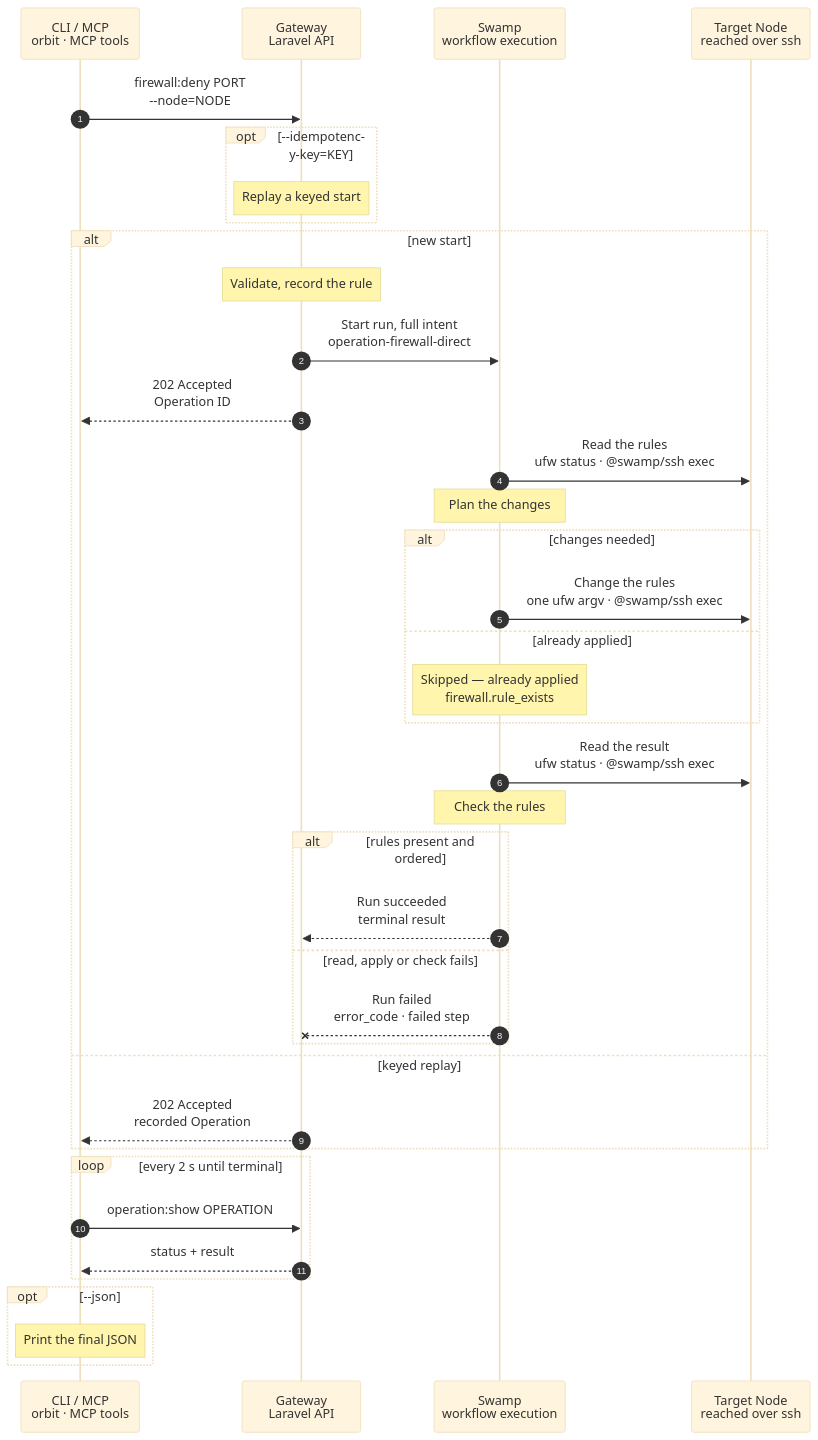
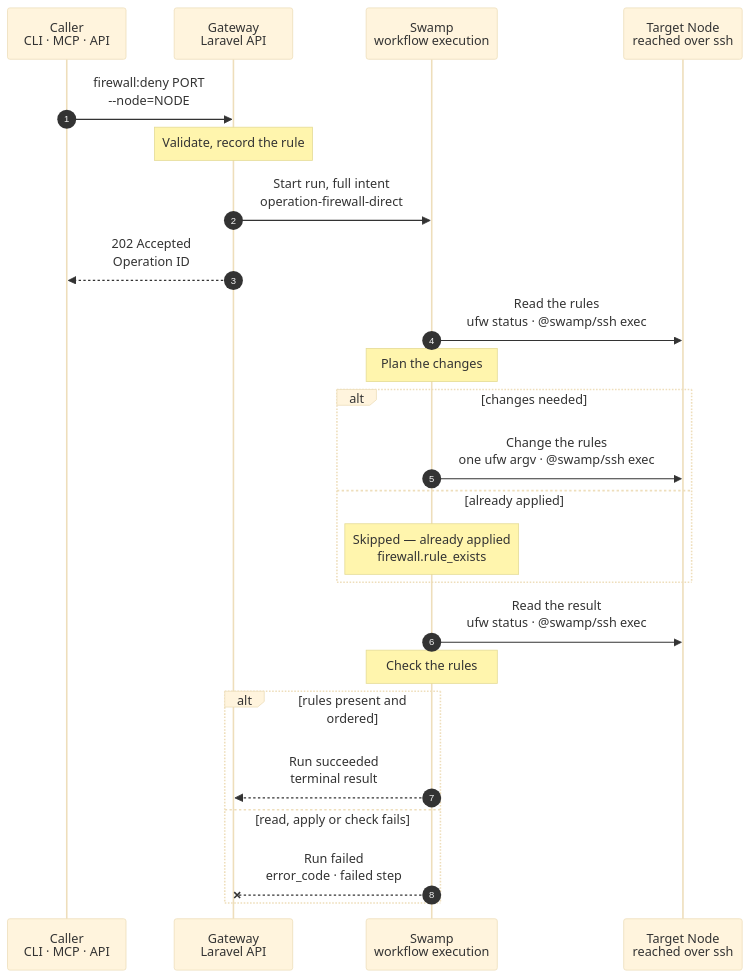
The diagram in docs/cli/firewall/deny.mmd (hardimpactdev/orbit), drawn with Mermaid (base theme) before and after one commit. The commit also changed 2 other files, not shown here.

Commit message:
docs(firewall): apply the review of firewall:deny

```diff
--- a/docs/cli/firewall/deny.mmd
+++ b/docs/cli/firewall/deny.mmd
@@ -1,134 +1,88 @@
 sequenceDiagram
   %% Target design: docs/cli/firewall/index.mdx; docs/reference/cli-ux.md; ADR 0244 and ADR 0241; Swamp shape; command development pipeline stage 1.
   %% status: draft
   %% command: firewall:deny
   %% kind: firewall.deny
   autonumber
   %% lane CLI icon=terminal pill=caller tone=gray
   %% lane GW icon=gateway pill=intent tone=blue
   %% lane SW icon=workflow pill=executes tone=green
   %% lane N icon=server pill=target tone=amber
-  participant CLI as CLI / MCP<br/>orbit · MCP tools
+  participant CLI as Caller<br/>CLI · MCP · API
   participant GW as Gateway<br/>Laravel API
   participant SW as Swamp<br/>workflow execution
   participant N as Target Node<br/>reached over ssh
   CLI->>GW: firewall:deny PORT<br/>--node=NODE
-  %%> Command:
-  %%> - `orbit firewall:deny PORT --node=NODE`
-  %%> - syntax: `<port> --node=ID [--from=SOURCE] [--protocol=tcp|udp] [--label=TEXT] [--idempotency-key=KEY] [--json]`
-  %%> Input:
-  %%> - one destination port from 1 through 65535, or an ordered inclusive range; service names are refused (`firewall.port_invalid`)
-  %%> - a positive numeric Node ID (`firewall.node_id_invalid`)
-  %%> - without optional flags: deny both TCP and UDP from any source, in both address families
-  %%> - the CLI generates one idempotency key per logical start and reuses it for transport retries; an intentional new attempt gets a new key
-  %%> Prompts:
-  %%> - in a terminal, ask for an omitted port with the text prompt `Port`; ask again after an invalid answer
-  %%> - select an omitted Node with the data list `Node`: active Linux Nodes, columns `ID` and `Name`, numeric IDs as selectors, and `Press / to search`; never infer a target
-  %%> - show waiting feedback for a slow lookup; no eligible Nodes returns `firewall.node_id_invalid`
-  %%> - Ctrl-C or end of input exits 1 with `input.cancelled`, before admission
-  %%> - without a terminal, or with `--json`, missing input exits 1 with the corresponding input error and creates no Operation
-  opt --idempotency-key=KEY
-    %% path: idempotency-key
-    Note over GW: Replay a keyed start
+  %% path: main
+  %%> Intent:
+  %%> - deny inbound traffic for one port or range on one Node
+  Note over GW: Validate, record the rule
+  %%> Requirements:
+  %%> - the calling Node has an access grant to the target Node (`node_access.required`); the target is a Linux Node (`firewall.platform_unsupported` for another platform)
+  %%> - the port or range includes no protected port, regardless of source or protocol: SSH 22, recovery SSH, WireGuard, or a port needed by a role on the target (`firewall.protected_port`)
+  %%> - no opposite action for the same port, protocol and normalized source (`firewall.rule_conflict`)
+  %%> - no both-protocol rule overlapping a single-protocol rule on the same port and source, in either direction (`firewall.rule_overlap`)
+  %%> - no other firewall change runs on the target (`operation.target_busy`); one lock per Node
+  %%> Allowed:
+  %%> - different source scopes may overlap: a narrow allow overrides a broad deny, and a narrow deny overrides a broad allow
+  %%> - repeat an active or failed deny: reuse its identity record and check the Node in a new Operation
+  %%> Result:
+  %%> - a refusal creates no Operation or rule and changes nothing on the Node
+  %%> - an admitted new start records the rule as provisioning and captures the full non-secret intent; no Node work has happened yet
+  GW->>SW: Start run, full intent<br/>operation-firewall-direct
+  %%> Inputs:
+  %%> - the exact rule tuple and comment, target address and pinned SSH host keys
+  %%> - the shared SSH identity comes from the worker's swamp role; no step calls the Gateway
+  GW-->>CLI: 202 Accepted<br/>Operation ID
+  %%> Result:
+  %%> - the caller receives the admitted Operation's ID
+  SW->>N: Read the rules<br/>ufw status · @swamp/ssh exec
+  %%> What it does:
+  %%> - reads numbered UFW rows over official SSH; needed to plan insert positions and detect drift on a repeat
+  %%> - inactive UFW fails with `firewall.backend_inactive` before mutation; never enables the firewall
+  Note over SW: Plan the changes
+  %%> What it does:
+  %%> - plans exact missing lines and moves misplaced lines; an identical, well-placed line is left untouched
+  %%> - narrower sources go first: one address, then CIDRs by prefix length, then anywhere; operator lines go above Orbit's broad managed rules
+  %%> - plans one deny per protocol and applicable address family; a port range stays a range
+  %%> - numbered positions account for earlier planned changes
+  %%> Why native:
+  %%> - official cfgmgmt firewall cannot insert at a position or express a range; each mutation is one UFW argv over official SSH, with no copied script
+  alt changes needed
+    %% path: changes-needed
+    SW->>N: Change the rules<br/>one ufw argv · @swamp/ssh exec
     %%> What it does:
-    %%> - an explicit key overrides the internally generated key
-    %%> - after access checks, the same key, target and input return the recorded Operation without another run, even if it failed
-    %%> - different input or target returns `operation.idempotency_conflict`; a malformed key returns `validation.failed`
-    %%> - replay follows the existing Operation below; it does not perform the admission and Node work again
+    %%> - executes planned changes sequentially; a native guard skips entries requiring no work
+    %%> - moves a misplaced line by deleting and reinserting it; preserves unrelated rules
+  else already applied
+    %% path: already-applied
+    Note over SW: Skipped — already applied<br/>firewall.rule_exists
+    %%> Result:
+    %%> - no mutation; the final read and check must still pass before reporting a successful skip
+  end
+  SW->>N: Read the result<br/>ufw status · @swamp/ssh exec
+  %%> What it does:
+  %%> - collects the final rows for the one end-state check
+  Note over SW: Check the rules
+  %%> What it does:
+  %%> - a typed check compares every expected line and its narrow-first position; native assert requires the check to pass
+  %%> - the public result comes from the check, not a separate report step
+  %%> Failure:
+  %%> - a missing or misplaced line fails with `firewall.verify_failed`, including a change made between mutation and this read
+  alt rules present and ordered
+    %% path: succeeded
+    SW-->>GW: Run succeeded<br/>terminal result
+    %%> Result:
+    %%> - the Gateway's shared reader marks the rule active and the Operation succeeded
+    %%> - only a no-change plan reports the successful skip `firewall.rule_exists`
+  else read, apply or check fails
+    %% path: failed
+    SW--xGW: Run failed<br/>error_code · failed step
+    %%> Result:
+    %%> - the rule stays visible as failed; the Operation fails
+    %%> - SSH, UFW mutation or another native step stopping before a public check result is `operation.native_failed`
+    %%> On the Node:
+    %%> - previously added lines remain, and a line deleted for reordering may be absent; there is no rollback
     %%> Retry:
-    %%> - an intentional repair is a new start, not a replay of a failed Operation
+    %%> - fix the cause and repeat the same command as a new start; reuse the record, keep correct lines and repair missing or misplaced ones without duplicates
   end
-  alt new start
-    %% path: new-start
-    Note over GW: Validate, record the rule
-    %%> Requirements:
-    %%> - the calling Node has an access grant to the target Node (`node_access.required`); the target is an active Linux Node (`firewall.platform_unsupported` for another platform)
-    %%> - the port or range includes no protected port, regardless of source or protocol: SSH 22, recovery SSH, WireGuard, or a port needed by a role on the target (`firewall.protected_port`)
-    %%> - no opposite action for the same port, protocol and normalized source (`firewall.rule_conflict`)
-    %%> - no both-protocol rule overlapping a single-protocol rule on the same port and source, in either direction (`firewall.rule_overlap`)
-    %%> - no other firewall change runs on the target (`operation.target_busy`); one lock per Node
-    %%> Allowed:
-    %%> - different source scopes may overlap: a narrow allow overrides a broad deny, and a narrow deny overrides a broad allow
-    %%> - repeat an active or failed deny: reuse its identity record and check the Node in a new Operation
-    %%> Result:
-    %%> - a refusal creates no Operation or rule and changes nothing on the Node
-    %%> - an admitted new start records the rule as provisioning and captures the full non-secret intent; no Node work has happened yet
-    GW->>SW: Start run, full intent<br/>operation-firewall-direct
-    %%> Inputs:
-    %%> - the exact rule tuple and comment, target address and pinned SSH host keys
-    %%> - the shared SSH identity comes from the worker's swamp role; no step calls the Gateway
-    GW-->>CLI: 202 Accepted<br/>Operation ID
-    %%> Result:
-    %%> - the CLI follows the Operation with `operation:show`
-    SW->>N: Read the rules<br/>ufw status · @swamp/ssh exec
-    %%> What it does:
-    %%> - reads numbered UFW rows over official SSH; needed to plan insert positions and detect drift on a repeat
-    %%> - inactive UFW fails with `firewall.backend_inactive` before mutation; never enables the firewall
-    Note over SW: Plan the changes
-    %%> What it does:
-    %%> - plans exact missing lines and moves misplaced lines; an identical, well-placed line is left untouched
-    %%> - narrower sources go first: one address, then CIDRs by prefix length, then anywhere; operator lines go above Orbit's broad managed rules
-    %%> - plans one deny per protocol and applicable address family; a port range stays a range
-    %%> - numbered positions account for earlier planned changes
-    %%> Why native:
-    %%> - official cfgmgmt firewall cannot insert at a position or express a range; each mutation is one UFW argv over official SSH, with no copied script
-    alt changes needed
-      %% path: changes-needed
-      SW->>N: Change the rules<br/>one ufw argv · @swamp/ssh exec
-      %%> What it does:
-      %%> - executes planned changes sequentially; a native guard skips entries requiring no work
-      %%> - moves a misplaced line by deleting and reinserting it; preserves unrelated rules
-    else already applied
-      %% path: already-applied
-      Note over SW: Skipped — already applied<br/>firewall.rule_exists
-      %%> Result:
-      %%> - no mutation; the final read and check must still pass before reporting a successful skip
-    end
-    SW->>N: Read the result<br/>ufw status · @swamp/ssh exec
-    %%> What it does:
-    %%> - collects the final rows for the one end-state check
-    Note over SW: Check the rules
-    %%> What it does:
-    %%> - a typed check compares every expected line and its narrow-first position; native assert requires the check to pass
-    %%> - the public result comes from the check, not a separate report step
-    %%> Failure:
-    %%> - a missing or misplaced line fails with `firewall.verify_failed`, including a change made between mutation and this read
-    alt rules present and ordered
-      %% path: succeeded
-      SW-->>GW: Run succeeded<br/>terminal result
-      %%> Result:
-      %%> - the Gateway's shared reader marks the rule active and the Operation succeeded
-      %%> - only a no-change plan reports `Skipped — already applied (firewall.rule_exists)` in human and JSON results
-    else read, apply or check fails
-      %% path: failed
-      SW--xGW: Run failed<br/>error_code · failed step
-      %%> Result:
-      %%> - the rule stays visible as failed; the Operation fails and the CLI exits 1
-      %%> - SSH, UFW mutation or another native step stopping before a public check result is `operation.native_failed`
-      %%> On the Node:
-      %%> - previously added lines remain, and a line deleted for reordering may be absent; there is no rollback
-      %%> Retry:
-      %%> - fix the cause and repeat the same command as a new start; reuse the record, keep correct lines and repair missing or misplaced ones without duplicates
-    end
-  else keyed replay
-    %% path: keyed-replay
-    GW-->>CLI: 202 Accepted<br/>recorded Operation
-    %%> Result:
-    %%> - access and the full key fingerprint matched; return the same Operation, without rule changes or another run
-    %%> - the CLI follows that Operation, including a previously recorded failure; this is not a repair or an already-applied skip
-  end
-  loop every 2 s until terminal
-    CLI->>GW: operation:show OPERATION
-    %%> What it does:
-    %%> - reads recorded progress and the final result; does not start more Node work
-    GW-->>CLI: status + result
-    %%> Result:
-    %%> - human output follows progress and shows the final outcome, Operation and request IDs; piped output has no animation or escape codes
-  end
-  opt --json
-    %% path: json
-    Note over CLI: Print the final JSON
-    %%> Result:
-    %%> - one final Operation, or an error envelope for a refusal; no prompts, human progress or ANSI codes
-    %%> - successful skips keep their stable reason code; execution failures remain failed Operations, not admission errors
-  end
```
